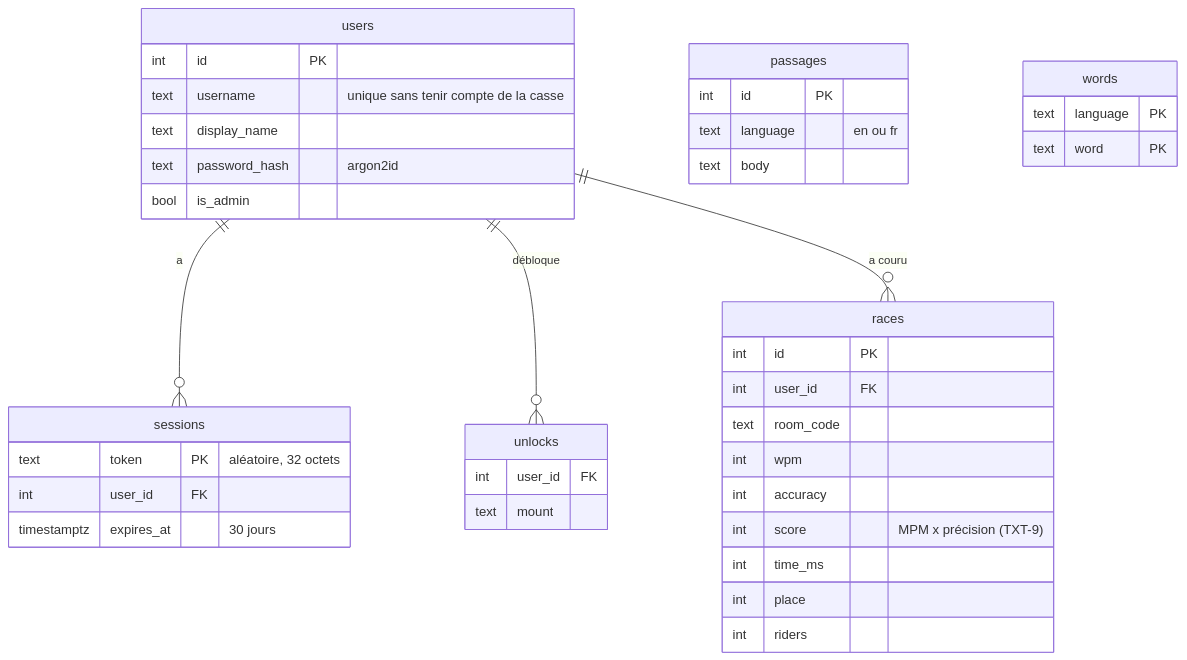
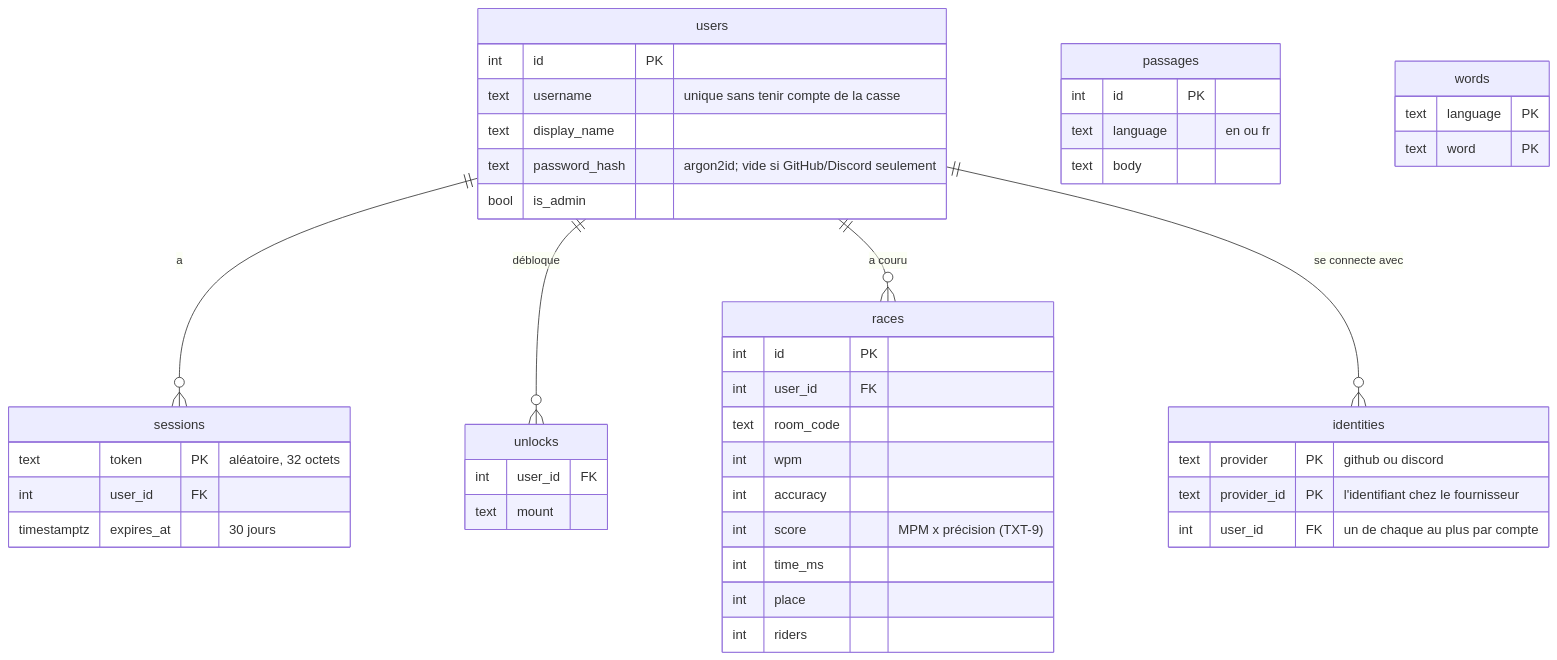
Before and after one commit to PBousquet01/TypeRacer: the second of 2 diagrams in docs/architecture.md, drawn with Mermaid. The commit also changed other lines of this file and 17 other files, not shown here.

First line of the commit message:
AUTH-1, AUTH-2, AUTH-3: sign in with GitHub or Discord, and link them

````diff
--- a/docs/architecture.md
+++ b/docs/architecture.md
@@ -98,42 +98,48 @@
 ```mermaid
 erDiagram
     users ||--o{ sessions : "a"
     users ||--o{ unlocks : "débloque"
     users ||--o{ races : "a couru"
+    users ||--o{ identities : "se connecte avec"
     users {
         int id PK
         text username "unique sans tenir compte de la casse"
         text display_name
-        text password_hash "argon2id"
+        text password_hash "argon2id; vide si GitHub/Discord seulement"
         bool is_admin
     }
     sessions {
         text token PK "aléatoire, 32 octets"
         int user_id FK
         timestamptz expires_at "30 jours"
+    }
+    identities {
+        text provider PK "github ou discord"
+        text provider_id PK "l'identifiant chez le fournisseur"
+        int user_id FK "un de chaque au plus par compte"
     }
     unlocks {
         int user_id FK
         text mount
     }
     races {
         int id PK
         int user_id FK
         text room_code
         int wpm
         int accuracy
         int score "MPM x précision (TXT-9)"
         int time_ms
         int place
         int riders
     }
     passages {
         int id PK
         text language "en ou fr"
         text body
     }
     words {
         text language PK
         text word PK
     }
 ```
````
